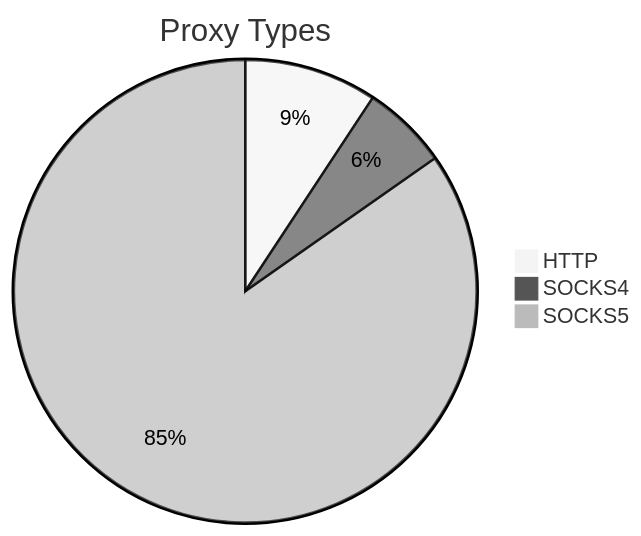
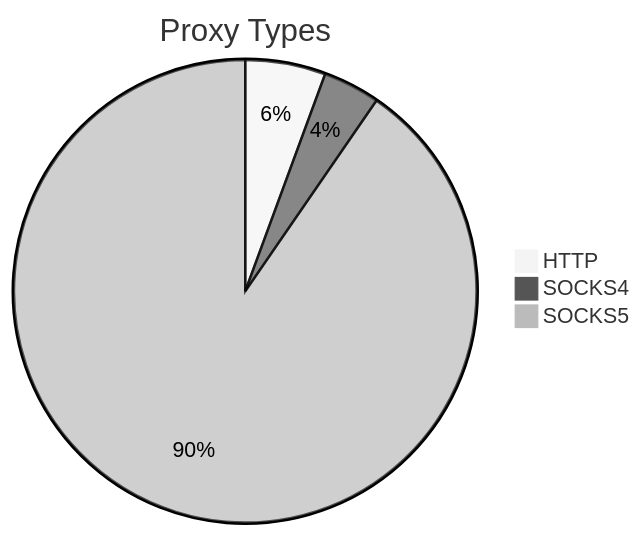
One commit to stormsia/proxy-list changed the first of 2 diagrams in README.md. Above: the diagram before and after it, drawn with Mermaid (neutral theme). The commit also changed other lines of this file, not shown here.

````diff
--- a/README.md
+++ b/README.md
@@ -21,6 +21,6 @@
 ```mermaid
 pie title Proxy Types
-    "HTTP" : 51
-    "SOCKS4" : 33
-    "SOCKS5" : 466
+    "HTTP" : 55
+    "SOCKS4" : 39
+    "SOCKS5" : 886
 ```
````
